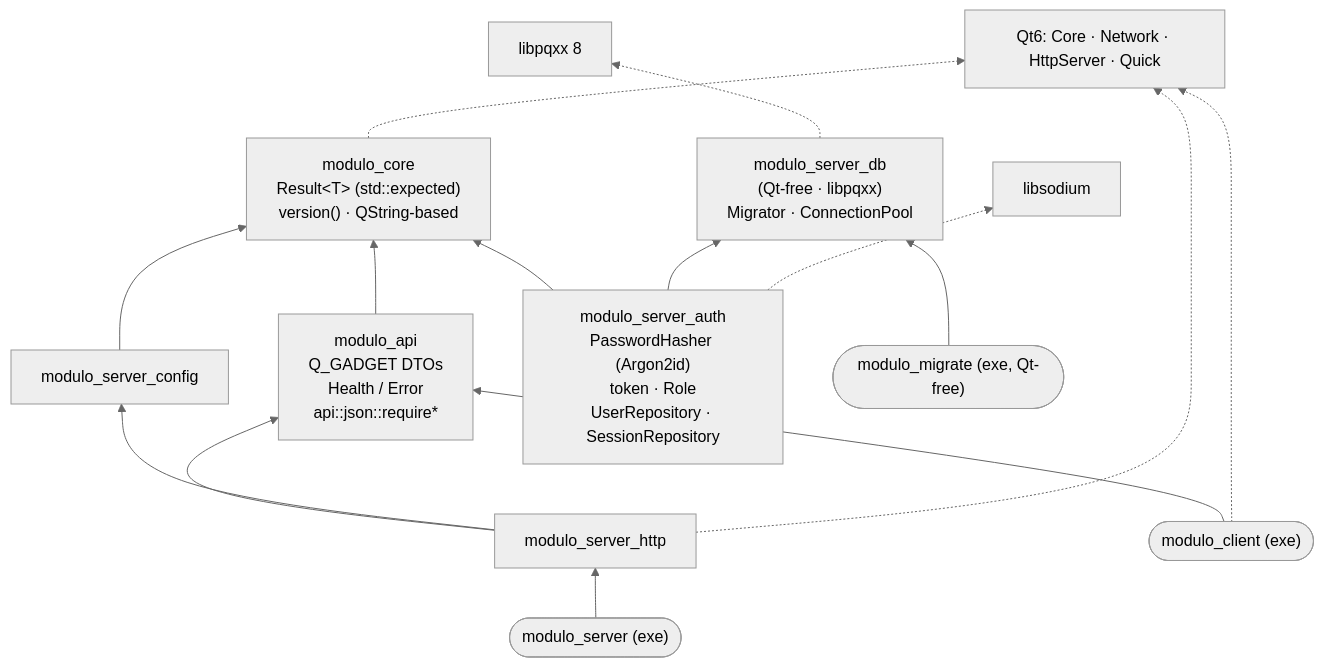
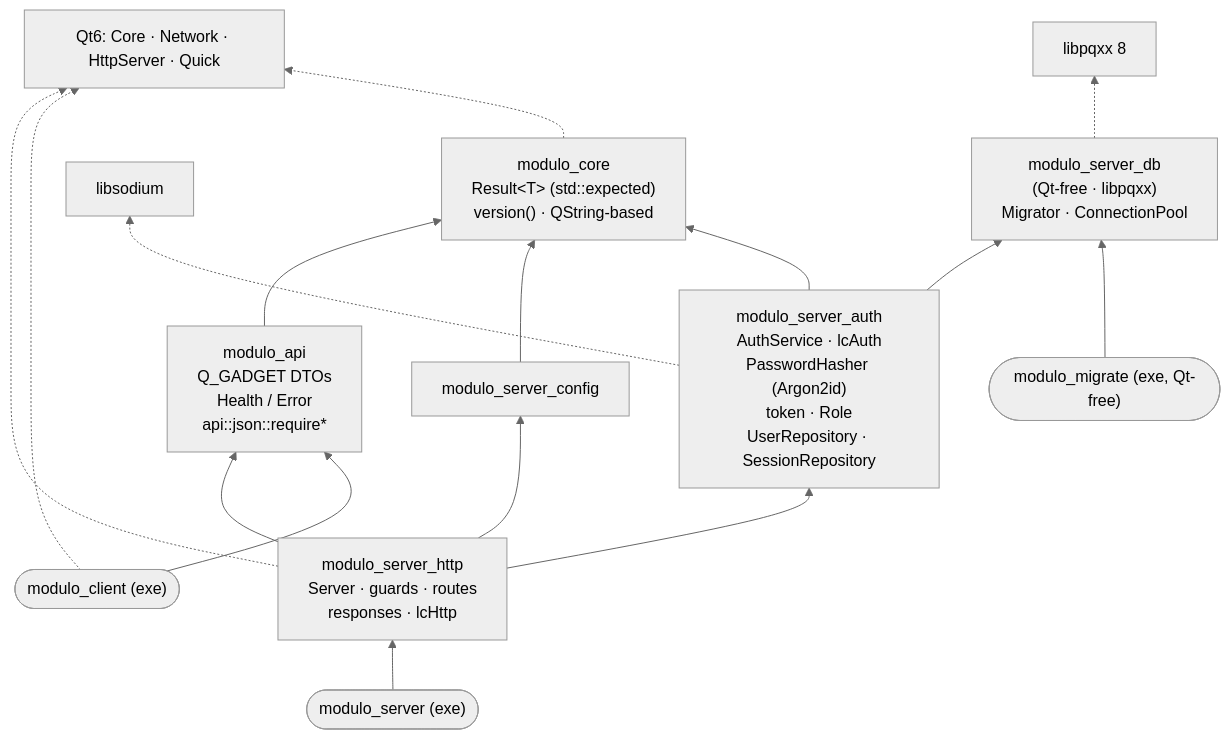
Before and after one commit to angelobarbu/Modulo: the second of 7 diagrams in docs/high_level_design.md, drawn with Mermaid (neutral theme). The commit also changed other lines of this file and 28 other files, not shown here.

Commit message:
Increment 3 - Step 3: Auth HTTP Service & Guard

````diff
--- a/docs/high_level_design.md
+++ b/docs/high_level_design.md
@@ -55,42 +62,46 @@
 ```mermaid
 flowchart BT
     core["modulo_core
 Result&lt;T&gt; (std::expected)
 version() · QString-based"]
     api["modulo_api
 Q_GADGET DTOs
 Health / Error
 api::json::require*"]
     cfg["modulo_server_config"]
-    httpm["modulo_server_http"]
+    httpm["modulo_server_http
+Server · guards · routes
+responses · lcHttp"]
     dbm["modulo_server_db
 (Qt-free · libpqxx)
 Migrator · ConnectionPool"]
     authm["modulo_server_auth
+AuthService · lcAuth
 PasswordHasher (Argon2id)
 token · Role
 UserRepository · SessionRepository"]
 
     server(["modulo_server (exe)"])
     migrateexe(["modulo_migrate (exe, Qt-free)"])
     clientexe(["modulo_client (exe)"])
 
     api --> core
     cfg --> core
     authm --> core
     authm --> dbm
     httpm --> api
     httpm --> cfg
+    httpm --> authm
     server --> httpm
     migrateexe --> dbm
     clientexe --> api
 
     qt["Qt6: Core · Network · HttpServer · Quick"]
     pqxx["libpqxx 8"]
     sodium["libsodium"]
     httpm -.-> qt
     clientexe -.-> qt
     core -.-> qt
     dbm -.-> pqxx
     authm -.-> sodium
 ```
````
